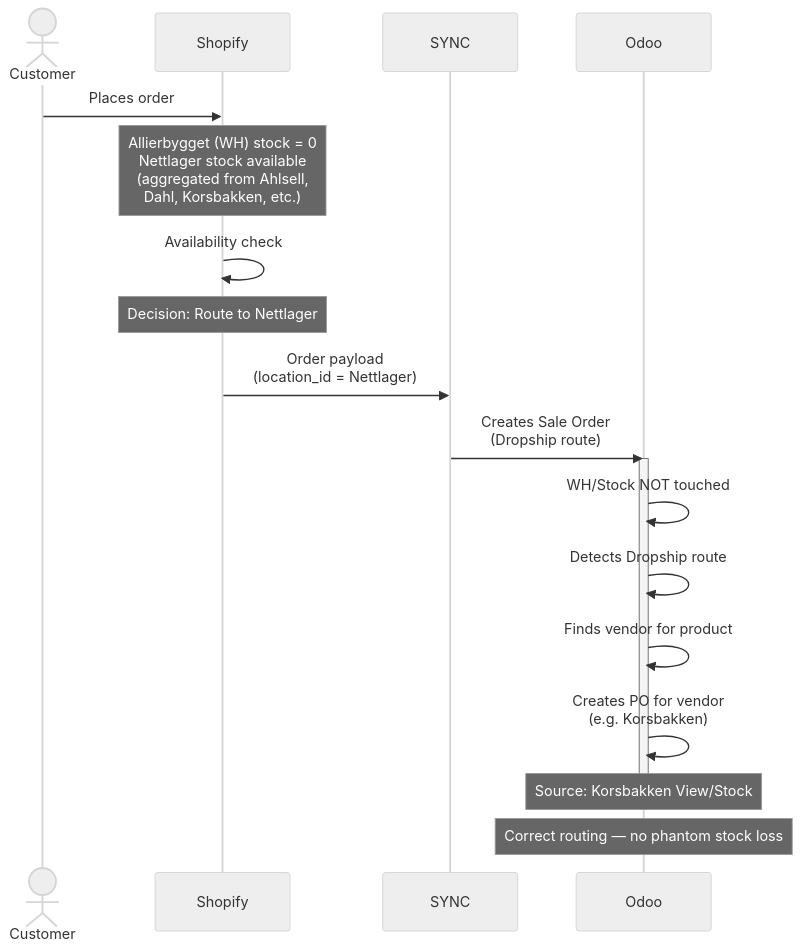
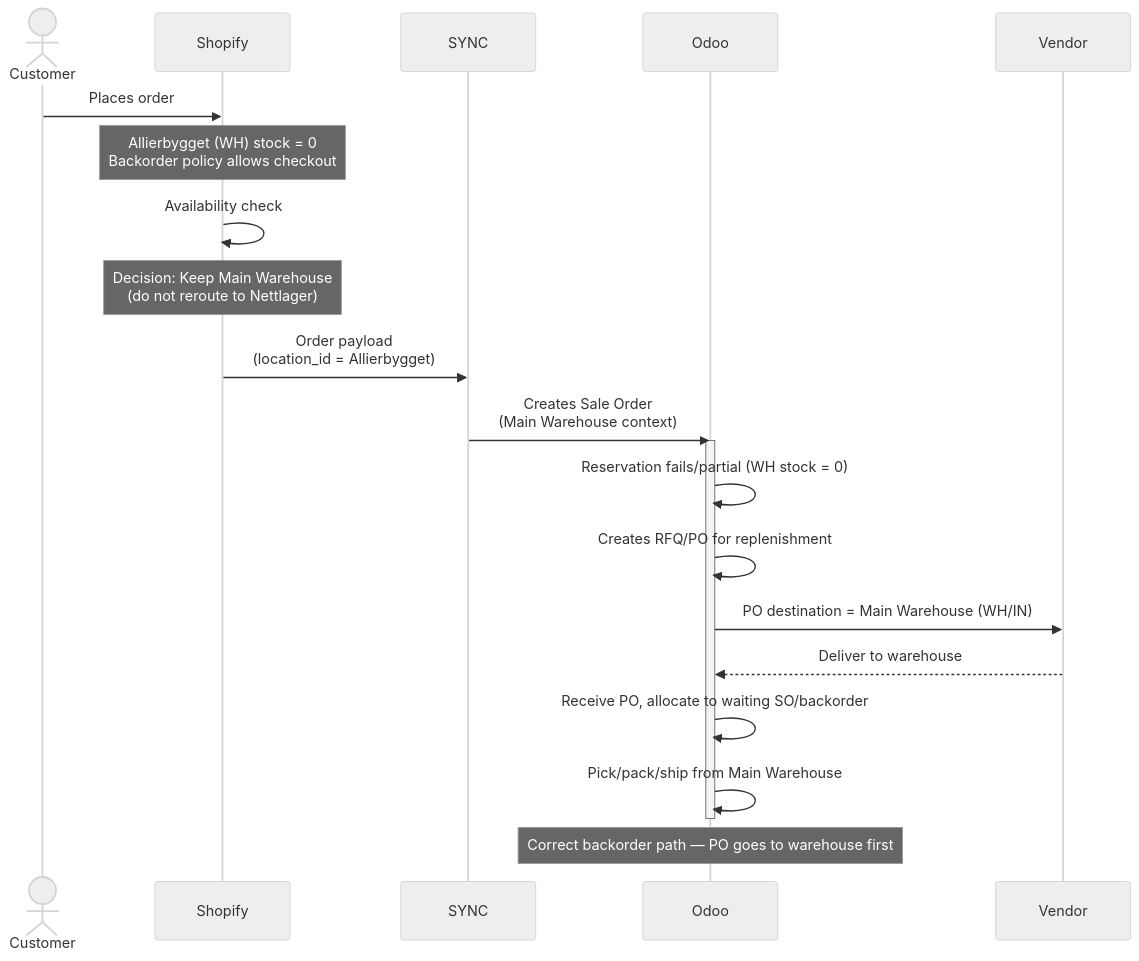
The tenth of 16 diagrams in shopify-sync-odoo-scenarios.md (ozan-droid/documents), drawn with Mermaid (neutral theme) before and after one commit. The commit also changed other lines of this file, not shown here.

````diff
--- a/shopify-sync-odoo-scenarios.md
+++ b/shopify-sync-odoo-scenarios.md
@@ -419,27 +425,28 @@
 ```mermaid
 sequenceDiagram
     actor Customer
     participant Shopify
     participant SYNC
     participant Odoo
 
     Customer->>Shopify: Places order
 
-    Note over Shopify: Allierbygget (WH) stock = 0<br/>Nettlager stock available<br/>(aggregated from Ahlsell,<br/>Dahl, Korsbakken, etc.)
+    Note over Shopify: Allierbygget (WH) stock = 0<br/>Backorder policy allows checkout
 
     Shopify->>Shopify: Availability check
-    Note over Shopify: Decision: Route to Nettlager
+    Note over Shopify: Decision: Keep Main Warehouse<br/>(do not reroute to Nettlager)
 
-    Shopify->>SYNC: Order payload<br/>(location_id = Nettlager)
-    SYNC->>Odoo: Creates Sale Order<br/>(Dropship route)
+    Shopify->>SYNC: Order payload<br/>(location_id = Allierbygget)
+    SYNC->>Odoo: Creates Sale Order<br/>(Main Warehouse context)
 
     activate Odoo
-    Odoo->>Odoo: WH/Stock NOT touched
-    Odoo->>Odoo: Detects Dropship route
-    Odoo->>Odoo: Finds vendor for product
-    Odoo->>Odoo: Creates PO for vendor<br/>(e.g. Korsbakken)
-    Note over Odoo: Source: Korsbakken View/Stock
+    Odoo->>Odoo: Reservation fails/partial (WH stock = 0)
+    Odoo->>Odoo: Creates RFQ/PO for replenishment
+    Odoo->>Vendor: PO destination = Main Warehouse (WH/IN)
+    Vendor-->>Odoo: Deliver to warehouse
+    Odoo->>Odoo: Receive PO, allocate to waiting SO/backorder
+    Odoo->>Odoo: Pick/pack/ship from Main Warehouse
     deactivate Odoo
 
-    Note over Odoo: Correct routing — no phantom stock loss
+    Note over Odoo: Correct backorder path — PO goes to warehouse first
 ```
````
